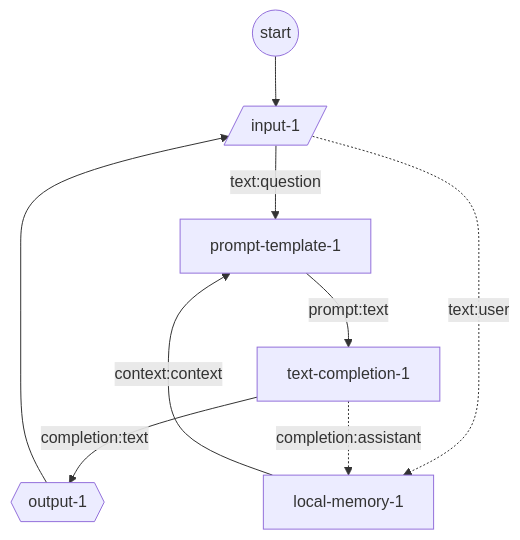
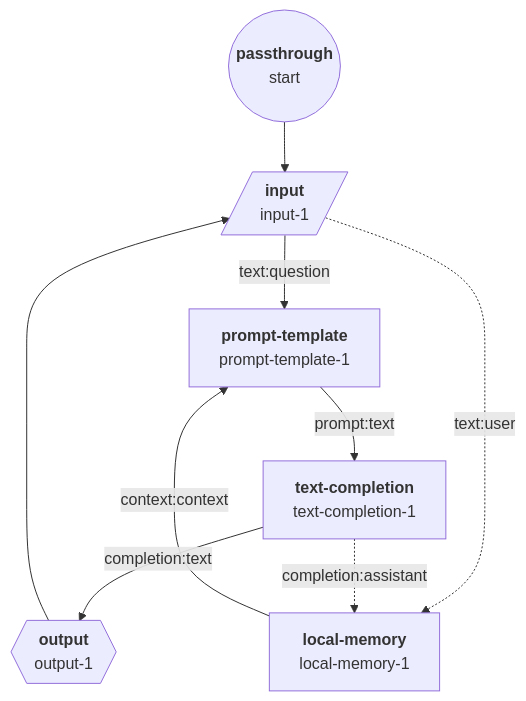
One commit to breadboard-ai/breadboard changed the diagram in seeds/graph-playground/docs/graphs/accumulating-context.md. Above: the diagram before and after it, drawn with Mermaid. The commit also changed 11 other files, not shown here.

Commit message:
[graph-playground] Show node types.

````diff
--- a/seeds/graph-playground/docs/graphs/accumulating-context.md
+++ b/seeds/graph-playground/docs/graphs/accumulating-context.md
@@ -4,11 +4,27 @@
 ```mermaid
 graph TD;
-start((start)) --> input-1[/input-1/]
-input-1[/input-1/] -- text:question --> prompt-template-1
-prompt-template-1 -- prompt:text --> text-completion-1
-text-completion-1 -- completion:text --> output-1{{output-1}}
-input-1[/input-1/] -. text:user .-> local-memory-1
-text-completion-1 -. completion:assistant .-> local-memory-1
-output-1{{output-1}} --> input-1[/input-1/]
-local-memory-1 -- context:context --> prompt-template-1
+start(("`**passthrough**
+start`")):::passthrough --> input-1[/"`**input**
+input-1`"/]:::input
+input-1[/"`**input**
+input-1`"/]:::input -- text:question --> prompt-template-1["`**prompt-template**
+prompt-template-1`"]
+prompt-template-1["`**prompt-template**
+prompt-template-1`"] -- prompt:text --> text-completion-1["`**text-completion**
+text-completion-1`"]
+text-completion-1["`**text-completion**
+text-completion-1`"] -- completion:text --> output-1{{"`**output**
+output-1`"}}:::output
+input-1[/"`**input**
+input-1`"/]:::input -. text:user .-> local-memory-1["`**local-memory**
+local-memory-1`"]
+text-completion-1["`**text-completion**
+text-completion-1`"] -. completion:assistant .-> local-memory-1["`**local-memory**
+local-memory-1`"]
+output-1{{"`**output**
+output-1`"}}:::output --> input-1[/"`**input**
+input-1`"/]:::input
+local-memory-1["`**local-memory**
+local-memory-1`"] -- context:context --> prompt-template-1["`**prompt-template**
+prompt-template-1`"]
 ```
````
